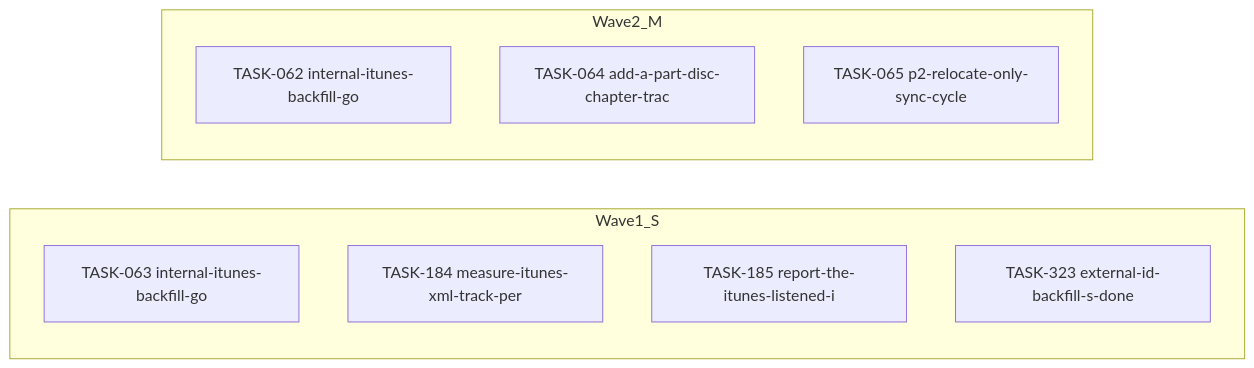
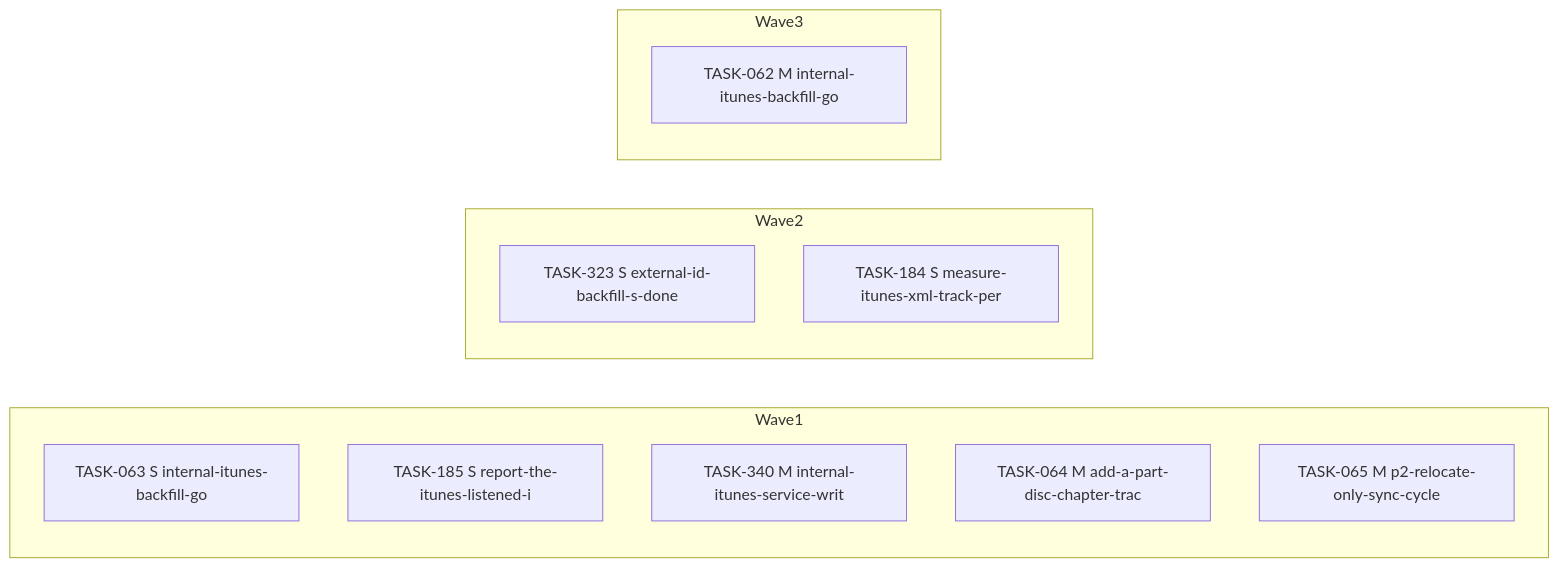
Before and after one commit to falkcorp/audiobook-organizer: the diagram in docs/agent-tasks/todo-completion-2026-09/itunes/orchestration.md, drawn with Mermaid. The commit also changed other lines of this file and 270 other files, not shown here.

````diff
--- a/docs/agent-tasks/todo-completion-2026-09/itunes/orchestration.md
+++ b/docs/agent-tasks/todo-completion-2026-09/itunes/orchestration.md
@@ -10,14 +10,17 @@
 ```mermaid
 flowchart LR
-    subgraph Wave1_S
-      TASK063[TASK-063 internal-itunes-backfill-go]
-      TASK184[TASK-184 measure-itunes-xml-track-per]
-      TASK185[TASK-185 report-the-itunes-listened-i]
-      TASK323[TASK-323 external-id-backfill-s-done]
+    subgraph Wave1
+      TASK063[TASK-063 S internal-itunes-backfill-go]
+      TASK185[TASK-185 S report-the-itunes-listened-i]
+      TASK340[TASK-340 M internal-itunes-service-writ]
+      TASK064[TASK-064 M add-a-part-disc-chapter-trac]
+      TASK065[TASK-065 M p2-relocate-only-sync-cycle]
     end
-    subgraph Wave2_M
-      TASK062[TASK-062 internal-itunes-backfill-go]
-      TASK064[TASK-064 add-a-part-disc-chapter-trac]
-      TASK065[TASK-065 p2-relocate-only-sync-cycle]
+    subgraph Wave2
+      TASK323[TASK-323 S external-id-backfill-s-done]
+      TASK184[TASK-184 S measure-itunes-xml-track-per]
+    end
+    subgraph Wave3
+      TASK062[TASK-062 M internal-itunes-backfill-go]
     end
 ```
````
